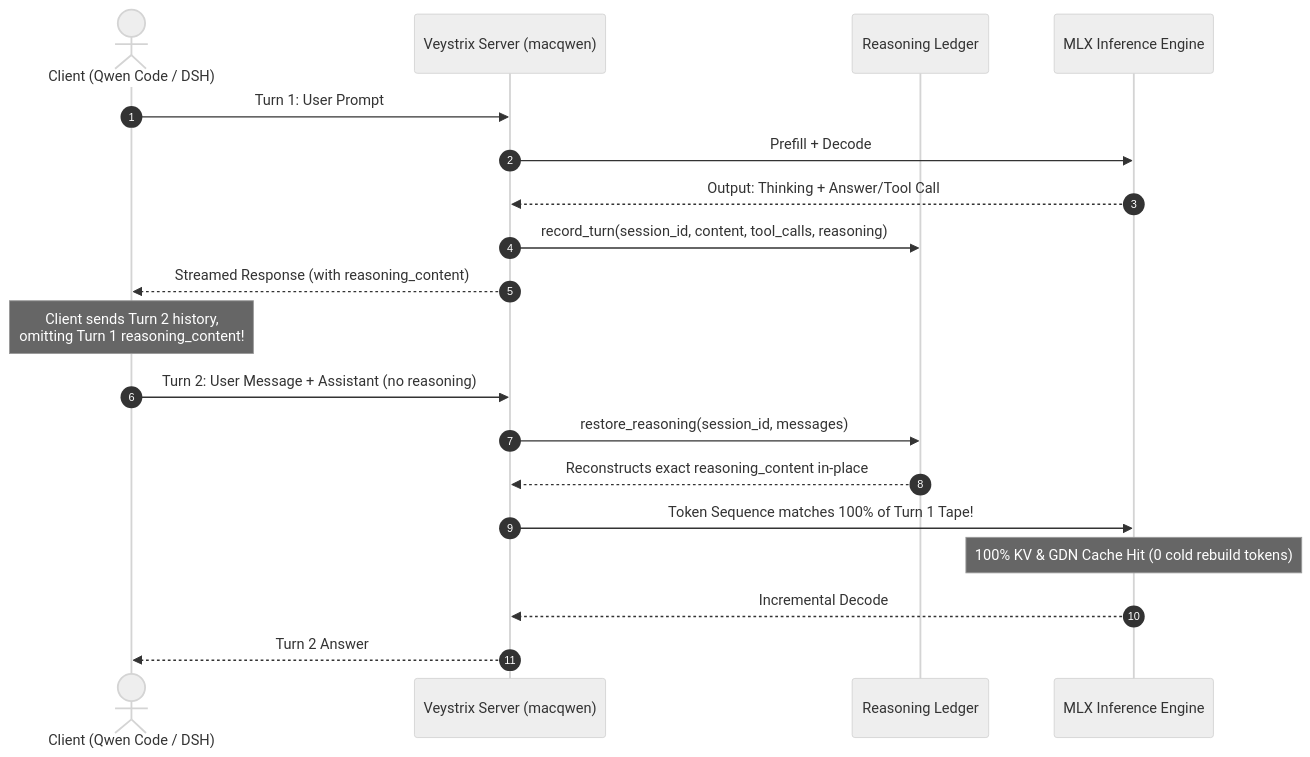
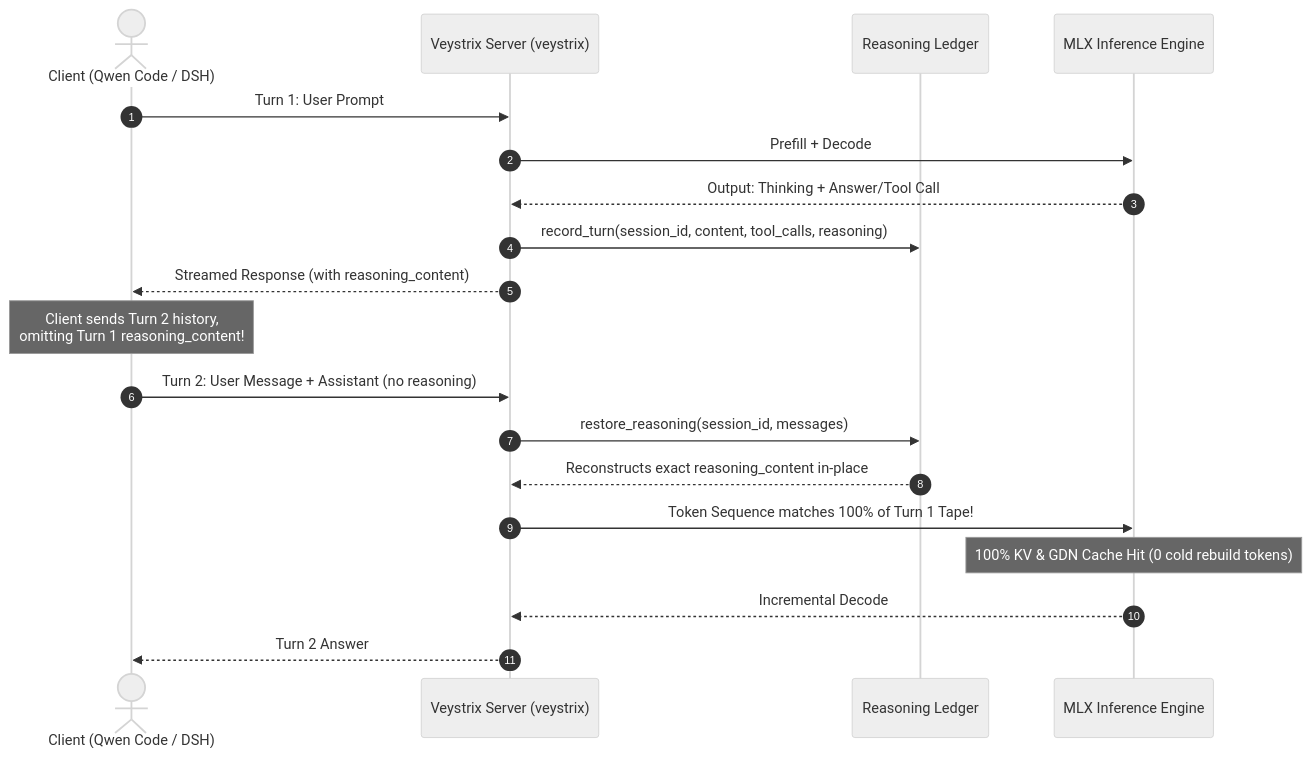
Before and after one commit to joyboyreturns/Veystrix-Core: the diagram in docs/flashnext/reasoning_compatibility_matrix.md, drawn with Mermaid (neutral theme). The commit also changed 734 other files, not shown here.

````diff
--- a/docs/flashnext/reasoning_compatibility_matrix.md
+++ b/docs/flashnext/reasoning_compatibility_matrix.md
@@ -35,24 +35,24 @@
 ```mermaid
 sequenceDiagram
     autonumber
     actor Client as Client (Qwen Code / DSH)
-    participant Server as Veystrix Server (macqwen)
+    participant Server as Veystrix Server (veystrix)
     participant Ledger as Reasoning Ledger
     participant Engine as MLX Inference Engine
 
     Client->>Server: Turn 1: User Prompt
     Server->>Engine: Prefill + Decode
     Engine-->>Server: Output: Thinking + Answer/Tool Call
     Server->>Ledger: record_turn(session_id, content, tool_calls, reasoning)
     Server-->>Client: Streamed Response (with reasoning_content)
 
     Note over Client: Client sends Turn 2 history,<br/>omitting Turn 1 reasoning_content!
 
     Client->>Server: Turn 2: User Message + Assistant (no reasoning)
     Server->>Ledger: restore_reasoning(session_id, messages)
     Ledger-->>Server: Reconstructs exact reasoning_content in-place
     Server->>Engine: Token Sequence matches 100% of Turn 1 Tape!
     Note over Engine: 100% KV & GDN Cache Hit (0 cold rebuild tokens)
     Engine-->>Server: Incremental Decode
     Server-->>Client: Turn 2 Answer
 ```
````
